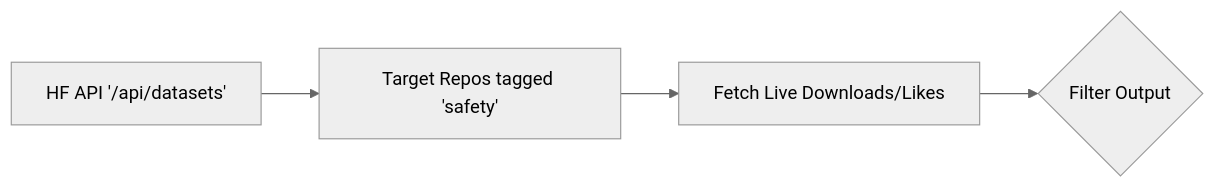
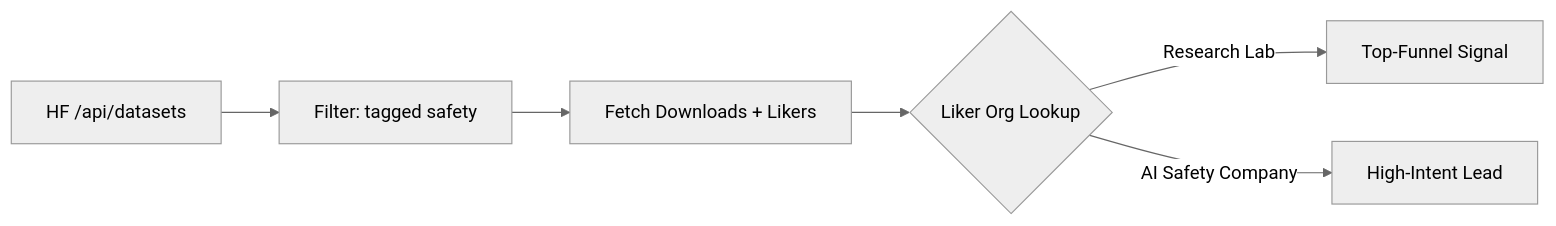
One commit to frankterpo/mermaidchart_prezi changed the seventh of 7 diagrams in presentation/white_circle_prezi.md. Above: the diagram before and after it, drawn with Mermaid (neutral theme). The commit also changed other lines of this file, not shown here.

Commit message:
Full presentation rewrite: fix duplicates, left-right=tasks, down=elaboration, live HF liker data, repo artifact threading

````diff
--- a/presentation/white_circle_prezi.md
+++ b/presentation/white_circle_prezi.md
@@ -303,6 +286,8 @@
 ```mermaid
 flowchart LR
-    A[HF API '/api/datasets'] --> B[Target Repos tagged 'safety']
-    B --> C[Fetch Live Downloads/Likes]
-    C --> D{Filter Output}
+    A[HF /api/datasets] --> B[Filter: tagged safety]
+    B --> C[Fetch Downloads + Likers]
+    C --> D{Liker Org Lookup}
+    D -->|Research Lab| E[Top-Funnel Signal]
+    D -->|AI Safety Company| F[High-Intent Lead]
 ```
````
